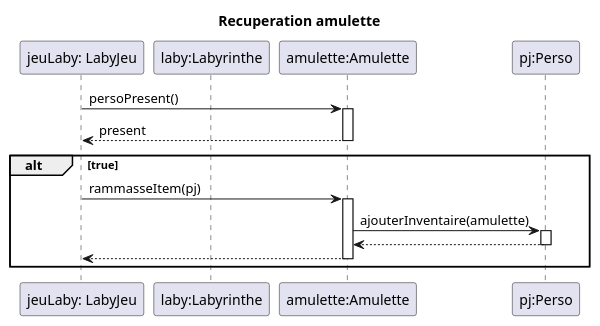
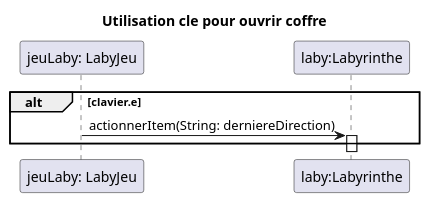
Before and after one commit to adrienMGN/2024_Zeldiablo_mangin225u_dewasch2u_favier36u_fontaine_noel332u: the diagram in zeldiablo/src/gameLaby/Fonctionnement_Sequence.puml, drawn with PlantUML. The commit also changed 2 other files, not shown here.

Commit message:
sprite coffre

```diff
--- a/zeldiablo/src/gameLaby/Fonctionnement_Sequence.puml
+++ b/zeldiablo/src/gameLaby/Fonctionnement_Sequence.puml
@@ -1,26 +1,13 @@
 @startuml
-title Recuperation amulette
+title Utilisation cle pour ouvrir coffre
 
 participant "jeuLaby: LabyJeu" as jeuLaby
 participant "laby:Labyrinthe" as laby
-participant "amulette:Amulette" as amulette
-participant "pj:Perso" as pj
 
+alt clavier.e
+jeuLaby -> laby: actionnerItem(String: derniereDirection)
+activate laby
 
-jeuLaby -> amulette : persoPresent()
-activate amulette
-amulette --> jeuLaby : present
-deactivate amulette
-alt true
-    jeuLaby -> amulette : rammasseItem(pj)
-    activate amulette
-    amulette -> pj : ajouterInventaire(amulette)
-    activate pj
-    pj --> amulette
-    deactivate pj
-    amulette --> jeuLaby
-    deactivate amulette
 end
 
-
 @enduml
```
